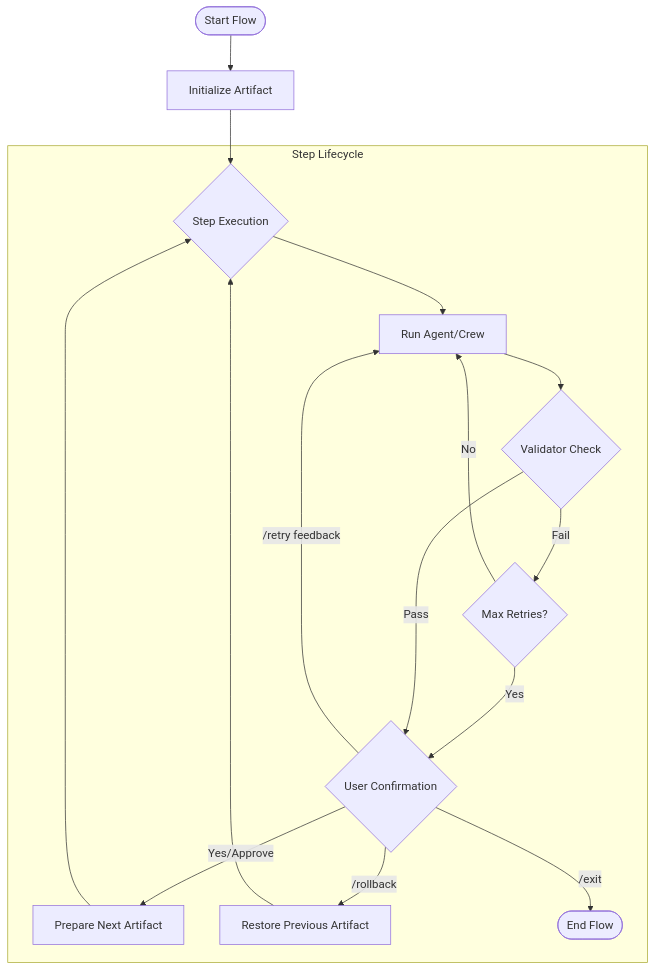
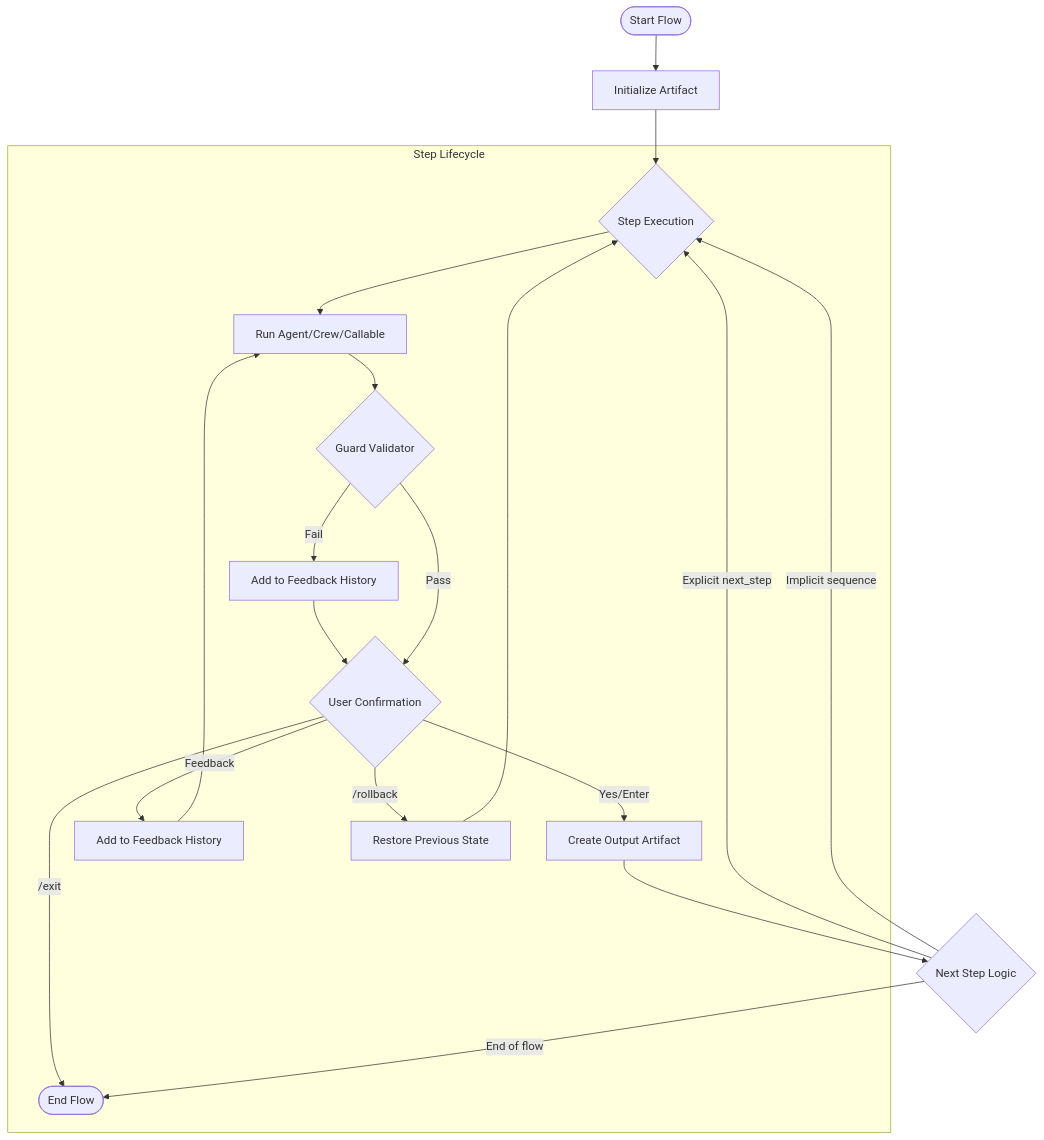
The diagram in ReadME.md (YoiteShao/AIF), drawn with Mermaid before and after one commit. The commit also changed other lines of this file and 16 other files, not shown here.

````diff
--- a/ReadME.md
+++ b/ReadME.md
@@ -22,24 +28,28 @@
 ```mermaid
 graph TD
     Start([Start Flow]) --> Init[Initialize Artifact]
     Init --> StepStart{Step Execution}
     
     subgraph "Step Lifecycle"
-        StepStart --> Exec[Run Agent/Crew]
-        Exec --> Validate{Validator Check}
+        StepStart --> Exec[Run Agent/Crew/Callable]
+        Exec --> Validate{Guard Validator}
         
-        Validate -- Fail --> RetryCheck{Max Retries?}
-        RetryCheck -- No --> Exec
-        RetryCheck -- Yes --> UserInt
+        Validate -- Fail --> AddValidation[Add to Feedback History]
+        AddValidation --> UserInt
         
         Validate -- Pass --> UserInt{User Confirmation}
         
-        UserInt -- "Yes/Approve" --> NextStep[Prepare Next Artifact]
-        UserInt -- "/retry feedback" --> Exec
-        UserInt -- "/rollback" --> Rollback[Restore Previous Artifact]
+        UserInt -- "Yes/Enter" --> NextStep[Create Output Artifact]
+        UserInt -- "Feedback" --> AddFeedback[Add to Feedback History]
+        AddFeedback --> Exec
+        UserInt -- "/rollback" --> Rollback[Restore Previous State]
         UserInt -- "/exit" --> End([End Flow])
     end
     
-    NextStep --> StepStart
+    NextStep --> NextStepLogic{Next Step Logic}
+    NextStepLogic -- "Explicit next_step" --> StepStart
+    NextStepLogic -- "Implicit sequence" --> StepStart
+    NextStepLogic -- "End of flow" --> End
+    
     Rollback --> StepStart
 ```
````
